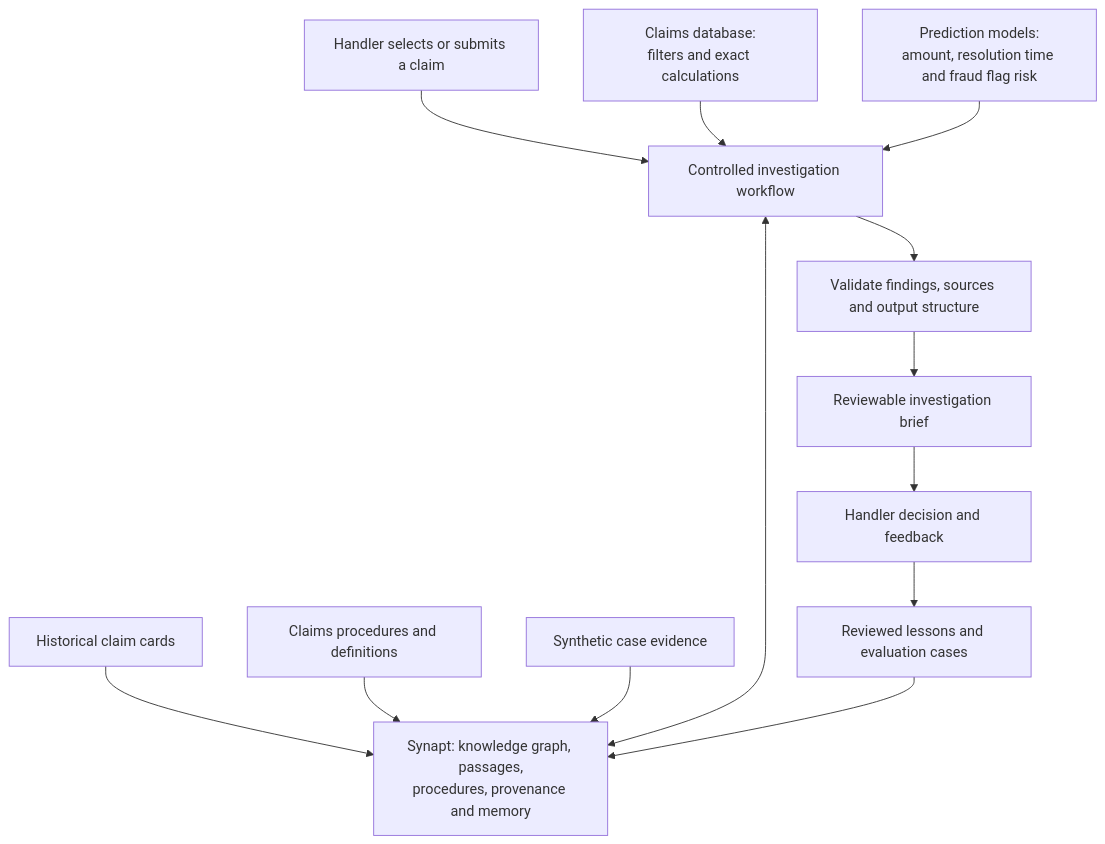
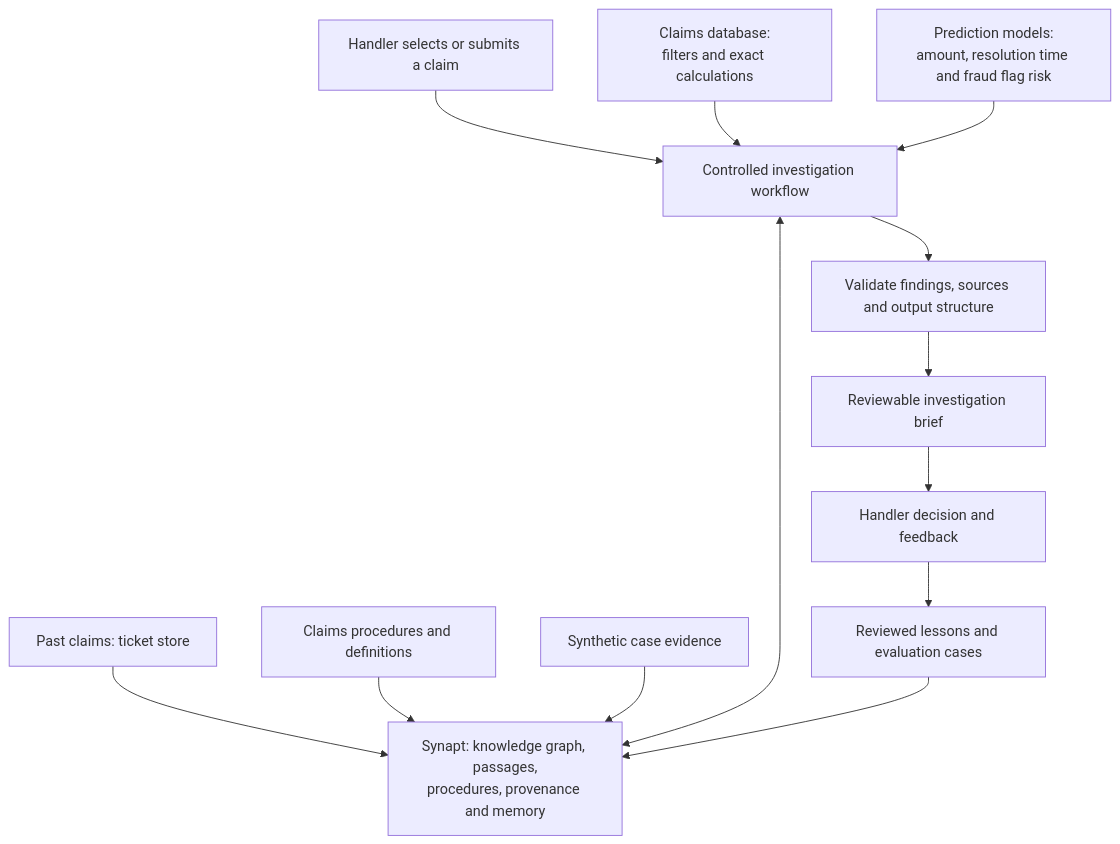
Before and after one commit to saichaithanya0705/insurance-claims-assistant: the diagram in docs/images/project-plan/synapt-centered-architecture.mmd, drawn with Mermaid. The commit also changed 278 other files, not shown here.

```diff
--- a/docs/images/project-plan/synapt-centered-architecture.mmd
+++ b/docs/images/project-plan/synapt-centered-architecture.mmd
@@ -1,16 +1,16 @@
 flowchart TB
-    H[Historical claim cards] --> S
+    H[Past claims: ticket store] --> S
     P[Claims procedures and definitions] --> S
     E[Synthetic case evidence] --> S
 
     S[Synapt: knowledge graph, passages,<br/>procedures, provenance and memory]
 
     U[Handler selects or submits a claim] --> W
     W[Controlled investigation workflow] <--> S
     D[Claims database:<br/>filters and exact calculations] --> W
     M[Prediction models:<br/>amount, resolution time and fraud flag risk] --> W
     W --> V[Validate findings, sources and output structure]
     V --> B[Reviewable investigation brief]
     B --> R[Handler decision and feedback]
     R --> L[Reviewed lessons and evaluation cases]
     L --> S
```
